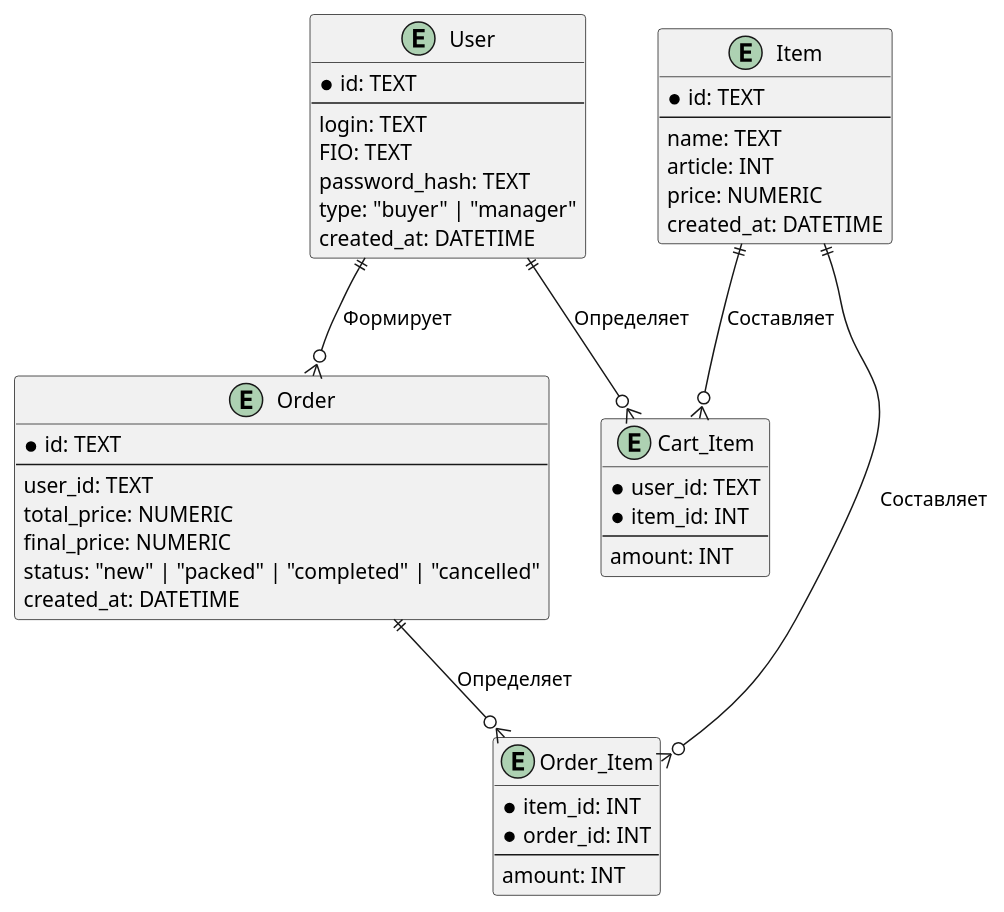
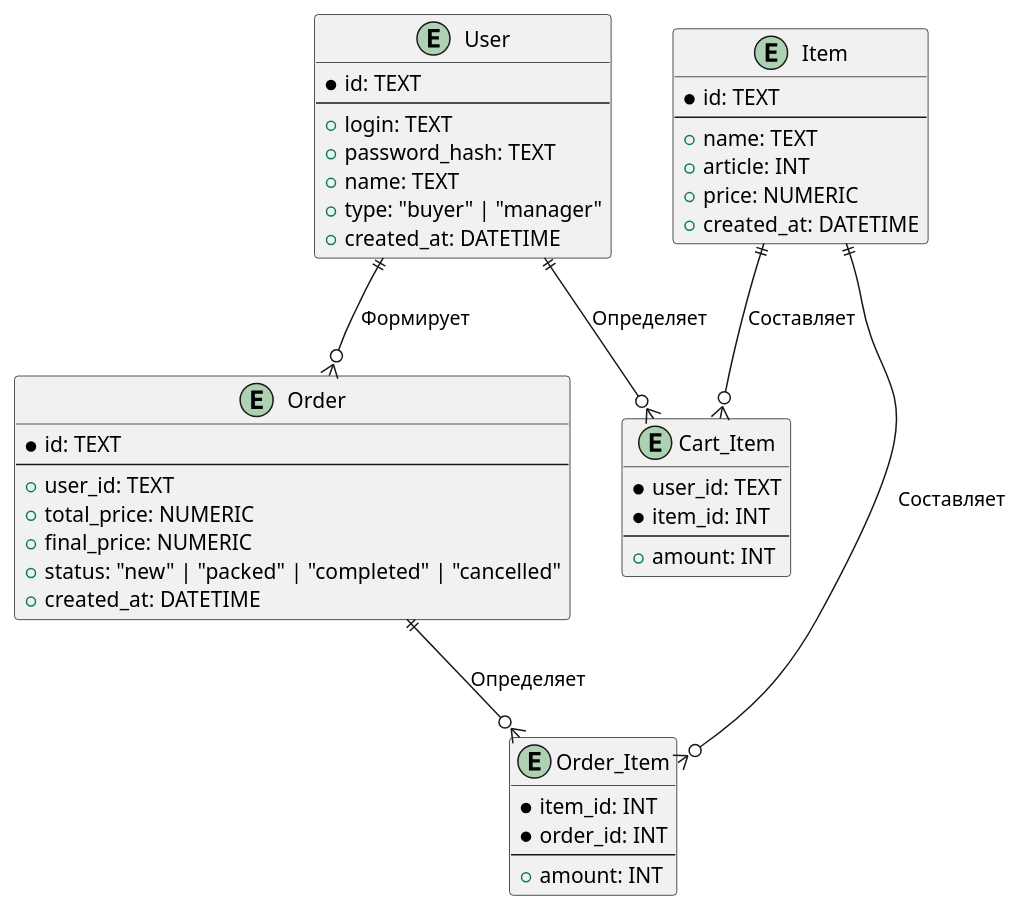
Before and after one commit to Efimish/university-4sem-pis-coursework: the diagram in db-diagram.puml, drawn with PlantUML. The commit also changed 5 other files, not shown here.

Commit message:
added sequence diagrams, fixed names, improved classes

```diff
--- a/db-diagram.puml
+++ b/db-diagram.puml
@@ -1,53 +1,53 @@
 @startuml Диаграмма базы данных
 
 entity User {
   * id: TEXT
   --
-  login: TEXT
-  FIO: TEXT
-  password_hash: TEXT
-  type: "buyer" | "manager"
-  created_at: DATETIME
+  + login: TEXT
+  + password_hash: TEXT
+  + name: TEXT
+  + type: "buyer" | "manager"
+  + created_at: DATETIME
 }
 
 entity Item {
   * id: TEXT
   --
-  name: TEXT
-  article: INT
-  price: NUMERIC
-  created_at: DATETIME
+  + name: TEXT
+  + article: INT
+  + price: NUMERIC
+  + created_at: DATETIME
 }
 
 entity Cart_Item {
   * user_id: TEXT
   * item_id: INT
   --
-  amount: INT
+  + amount: INT
 }
 
 entity Order {
   * id: TEXT
   --
-  user_id: TEXT
-  total_price: NUMERIC
-  final_price: NUMERIC
-  status: "new" | "packed" | "completed" | "cancelled"
-  created_at: DATETIME
+  + user_id: TEXT
+  + total_price: NUMERIC
+  + final_price: NUMERIC
+  + status: "new" | "packed" | "completed" | "cancelled"
+  + created_at: DATETIME
 }
 
 entity Order_Item {
   * item_id: INT
   * order_id: INT
   --
-  amount: INT
+  + amount: INT
 }
 
 User  ||--o{ Order      : Формирует
 Order ||--o{ Order_Item : Определяет
 Item  ||--o{ Order_Item : Составляет
 
 User ||--o{ Cart_Item : Определяет
 Item ||--o{ Cart_Item : Составляет
 
 @enduml
```
